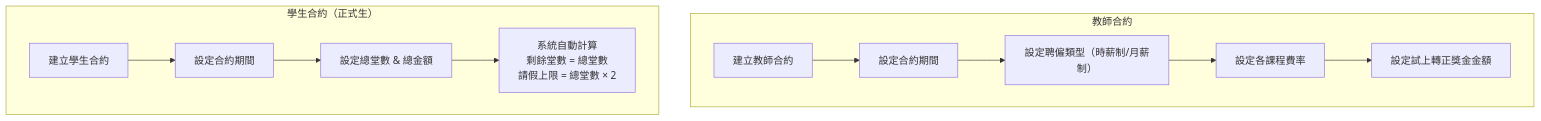
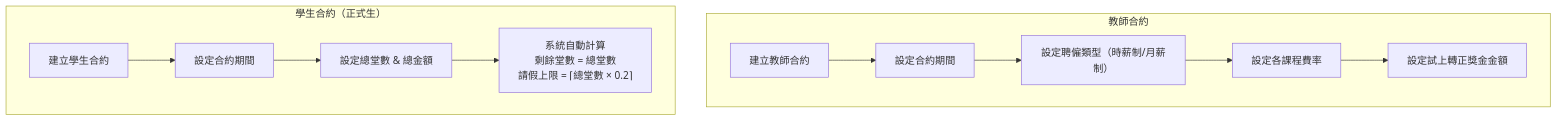
The third of 17 diagrams in docs/booking-flow.md (d56845684/EOP), drawn with Mermaid before and after one commit. The commit also changed other lines of this file and 14 other files, not shown here.

````diff
--- a/docs/booking-flow.md
+++ b/docs/booking-flow.md
@@ -54,15 +54,15 @@
 ```mermaid
 flowchart TD
     subgraph TC["教師合約"]
         TC1[建立教師合約] --> TC2[設定合約期間]
         TC2 --> TC3["設定聘僱類型（時薪制/月薪制）"]
         TC3 --> TC4[設定各課程費率]
         TC4 --> TC5[設定試上轉正獎金金額]
     end
 
     subgraph SC["學生合約（正式生）"]
         SC1[建立學生合約] --> SC2[設定合約期間]
         SC2 --> SC3["設定總堂數 & 總金額"]
-        SC3 --> SC4["系統自動計算<br/>剩餘堂數 = 總堂數<br/>請假上限 = 總堂數 × 2"]
+        SC3 --> SC4["系統自動計算<br/>剩餘堂數 = 總堂數<br/>請假上限 = ⌈總堂數 × 0.2⌉"]
     end
 ```
````
